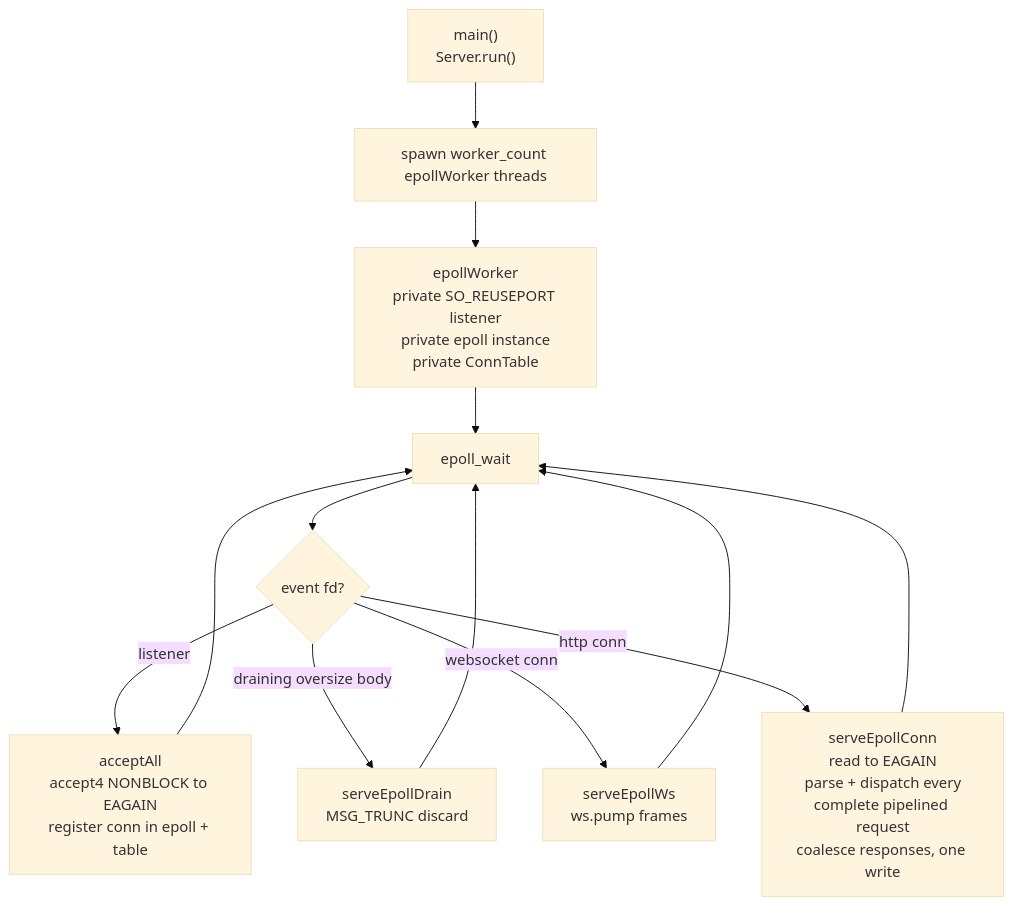
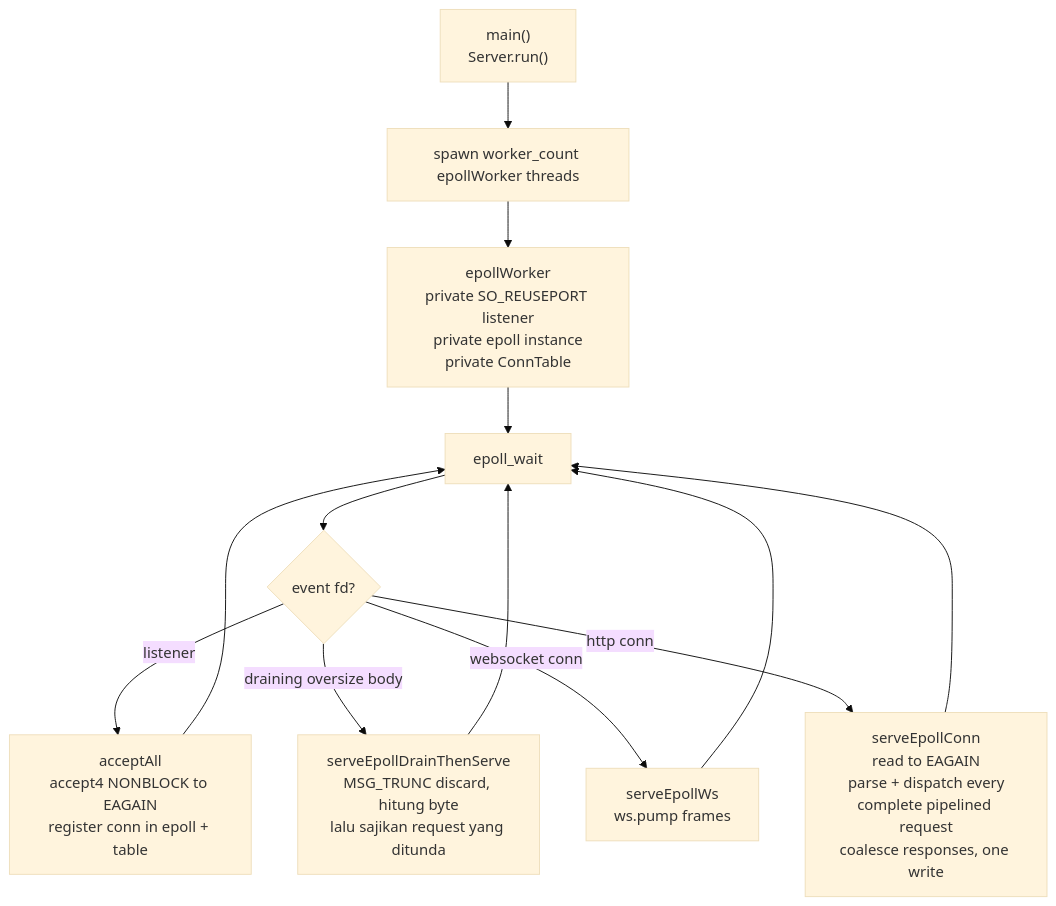
Before and after one commit to prothegee/zix: the second of 5 diagrams in docs/hld-http1-id.md, drawn with Mermaid (base theme). The commit also changed other lines of this file, not shown here.

Commit message:
align http1 hld with the body path rework

````diff
--- a/docs/hld-http1-id.md
+++ b/docs/hld-http1-id.md
@@ -61,15 +61,15 @@
 ```mermaid
 flowchart TD
     MAIN["main()\nServer.run()"] --> SPAWN["spawn worker_count epollWorker threads"]
     SPAWN --> W["epollWorker\nprivate SO_REUSEPORT listener\nprivate epoll instance\nprivate ConnTable"]
     W --> WAIT["epoll_wait"]
     WAIT --> EV{"event fd?"}
     EV -->|listener| ACCEPT["acceptAll\naccept4 NONBLOCK to EAGAIN\nregister conn in epoll + table"]
-    EV -->|draining oversize body| DRAIN["serveEpollDrain\nMSG_TRUNC discard"]
+    EV -->|draining oversize body| DRAIN["serveEpollDrainThenServe\nMSG_TRUNC discard, hitung byte\nlalu sajikan request yang ditunda"]
     EV -->|websocket conn| WS["serveEpollWs\nws.pump frames"]
     EV -->|http conn| HTTP["serveEpollConn\nread to EAGAIN\nparse + dispatch every\ncomplete pipelined request\ncoalesce responses, one write"]
     ACCEPT --> WAIT
     DRAIN --> WAIT
     WS --> WAIT
     HTTP --> WAIT
 ```
````
